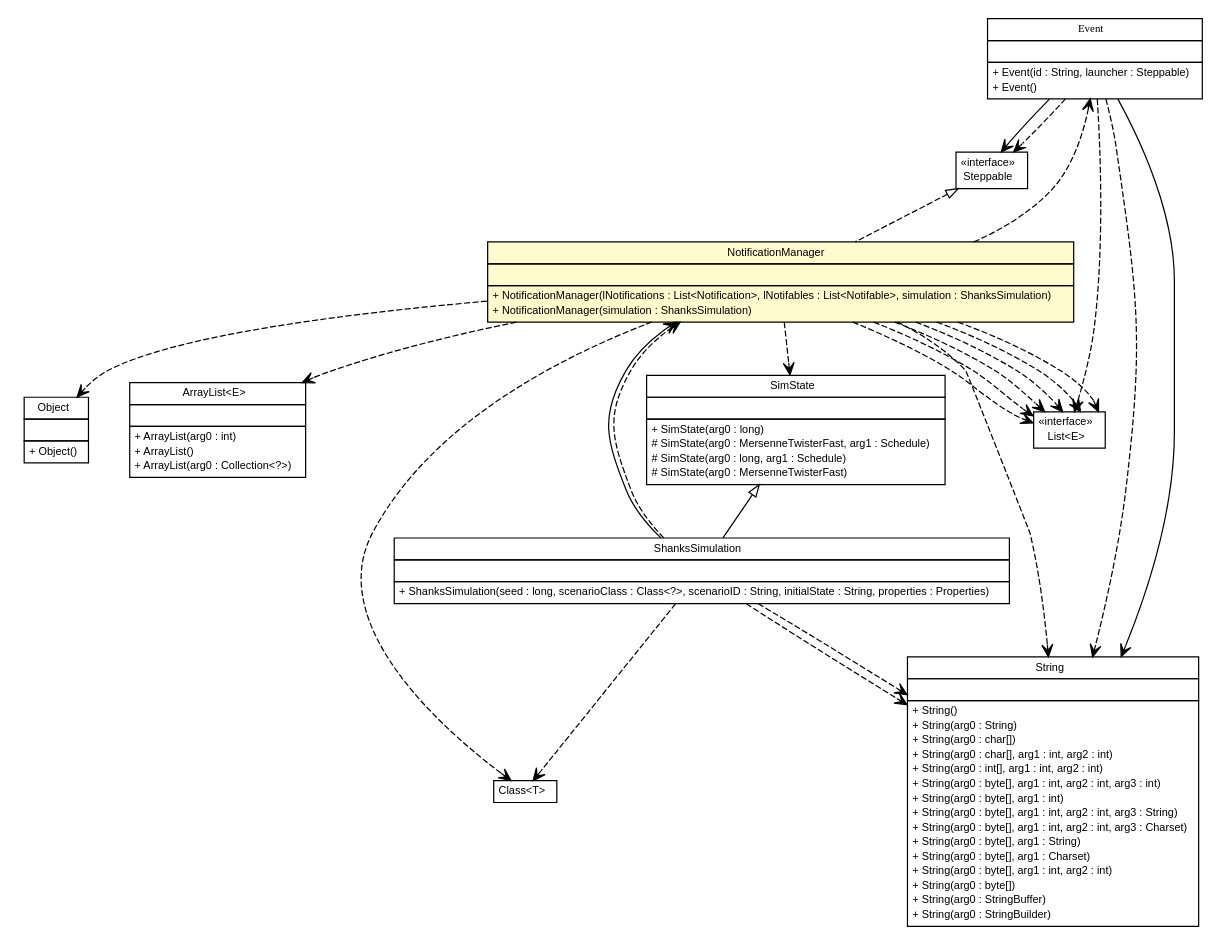
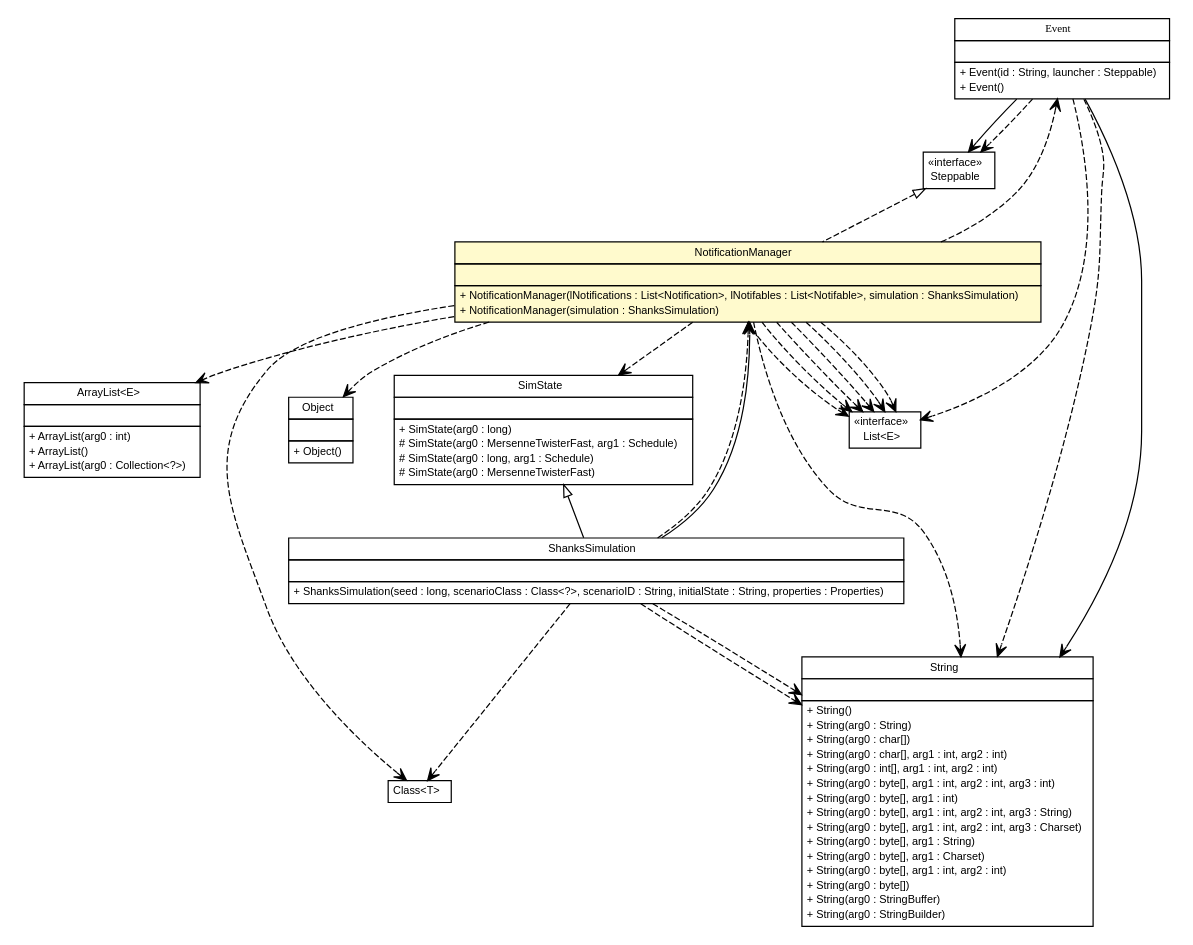
One commit to gsi-upm/Shanks changed the diagram in apidocs/es/upm/dit/gsi/shanks/notification/NotificationManager.dot. Above: the diagram before and after it, drawn with Graphviz. The commit also changed 897 other files, not shown here.

```diff
--- a/apidocs/es/upm/dit/gsi/shanks/notification/NotificationManager.dot
+++ b/apidocs/es/upm/dit/gsi/shanks/notification/NotificationManager.dot
@@ -57,12 +57,28 @@
 	c7819:p -> c7857:p [taillabel="", label="", headlabel="", fontname="arial", fontcolor="black", fontsize=10.0, color="black", arrowhead=open];
 	// es.upm.dit.gsi.shanks.ShanksSimulation NAVASSOC es.upm.dit.gsi.shanks.notification.NotificationManager
 	c7856:p -> c7850:p [taillabel="", label="", headlabel="", fontname="arial", fontcolor="black", fontsize=10.0, color="black", arrowhead=open];
+	// es.upm.dit.gsi.shanks.model.event.Event DEPEND java.lang.String
+	c7819:p -> c7859:p [taillabel="", label="", headlabel="", fontname="arial", fontcolor="black", fontsize=10.0, color="black", arrowhead=open, style=dashed];
+	// es.upm.dit.gsi.shanks.model.event.Event DEPEND sim.engine.Steppable
+	c7819:p -> c7857:p [taillabel="", label="", headlabel="", fontname="arial", fontcolor="black", fontsize=10.0, color="black", arrowhead=open, style=dashed];
 	// es.upm.dit.gsi.shanks.model.event.Event DEPEND java.util.List<E>
 	c7819:p -> c7860:p [taillabel="", label="", headlabel="", fontname="arial", fontcolor="black", fontsize=10.0, color="black", arrowhead=open, style=dashed];
-	// es.upm.dit.gsi.shanks.model.event.Event DEPEND sim.engine.Steppable
-	c7819:p -> c7857:p [taillabel="", label="", headlabel="", fontname="arial", fontcolor="black", fontsize=10.0, color="black", arrowhead=open, style=dashed];
-	// es.upm.dit.gsi.shanks.model.event.Event DEPEND java.lang.String
-	c7819:p -> c7859:p [taillabel="", label="", headlabel="", fontname="arial", fontcolor="black", fontsize=10.0, color="black", arrowhead=open, style=dashed];
+	// es.upm.dit.gsi.shanks.notification.NotificationManager DEPEND java.util.ArrayList<E>
+	c7850:p -> c7861:p [taillabel="", label="", headlabel="", fontname="arial", fontcolor="black", fontsize=10.0, color="black", arrowhead=open, style=dashed];
+	// es.upm.dit.gsi.shanks.notification.NotificationManager DEPEND java.lang.String
+	c7850:p -> c7859:p [taillabel="", label="", headlabel="", fontname="arial", fontcolor="black", fontsize=10.0, color="black", arrowhead=open, style=dashed];
+	// es.upm.dit.gsi.shanks.notification.NotificationManager DEPEND sim.engine.SimState
+	c7850:p -> c7858:p [taillabel="", label="", headlabel="", fontname="arial", fontcolor="black", fontsize=10.0, color="black", arrowhead=open, style=dashed];
+	// es.upm.dit.gsi.shanks.notification.NotificationManager DEPEND java.lang.Class<T>
+	c7850:p -> c7862:p [taillabel="", label="", headlabel="", fontname="arial", fontcolor="black", fontsize=10.0, color="black", arrowhead=open, style=dashed];
+	// es.upm.dit.gsi.shanks.notification.NotificationManager DEPEND java.util.List<E>
+	c7850:p -> c7860:p [taillabel="", label="", headlabel="", fontname="arial", fontcolor="black", fontsize=10.0, color="black", arrowhead=open, style=dashed];
+	// es.upm.dit.gsi.shanks.notification.NotificationManager DEPEND java.util.List<E>
+	c7850:p -> c7860:p [taillabel="", label="", headlabel="", fontname="arial", fontcolor="black", fontsize=10.0, color="black", arrowhead=open, style=dashed];
+	// es.upm.dit.gsi.shanks.notification.NotificationManager DEPEND java.util.List<E>
+	c7850:p -> c7860:p [taillabel="", label="", headlabel="", fontname="arial", fontcolor="black", fontsize=10.0, color="black", arrowhead=open, style=dashed];
+	// es.upm.dit.gsi.shanks.notification.NotificationManager DEPEND es.upm.dit.gsi.shanks.model.event.Event
+	c7850:p -> c7819:p [taillabel="", label="", headlabel="", fontname="arial", fontcolor="black", fontsize=10.0, color="black", arrowhead=open, style=dashed];
 	// es.upm.dit.gsi.shanks.notification.NotificationManager DEPEND java.util.List<E>
 	c7850:p -> c7860:p [taillabel="", label="", headlabel="", fontname="arial", fontcolor="black", fontsize=10.0, color="black", arrowhead=open, style=dashed];
 	// es.upm.dit.gsi.shanks.notification.NotificationManager DEPEND java.util.List<E>
@@ -70,31 +86,15 @@
 	// es.upm.dit.gsi.shanks.notification.NotificationManager DEPEND java.util.List<E>
 	c7850:p -> c7860:p [taillabel="", label="", headlabel="", fontname="arial", fontcolor="black", fontsize=10.0, color="black", arrowhead=open, style=dashed];
 	// es.upm.dit.gsi.shanks.notification.NotificationManager DEPEND java.lang.Object
-	c7850:p -> c7861:p [taillabel="", label="", headlabel="", fontname="arial", fontcolor="black", fontsize=10.0, color="black", arrowhead=open, style=dashed];
-	// es.upm.dit.gsi.shanks.notification.NotificationManager DEPEND java.util.List<E>
-	c7850:p -> c7860:p [taillabel="", label="", headlabel="", fontname="arial", fontcolor="black", fontsize=10.0, color="black", arrowhead=open, style=dashed];
-	// es.upm.dit.gsi.shanks.notification.NotificationManager DEPEND java.util.List<E>
-	c7850:p -> c7860:p [taillabel="", label="", headlabel="", fontname="arial", fontcolor="black", fontsize=10.0, color="black", arrowhead=open, style=dashed];
-	// es.upm.dit.gsi.shanks.notification.NotificationManager DEPEND java.util.ArrayList<E>
-	c7850:p -> c7862:p [taillabel="", label="", headlabel="", fontname="arial", fontcolor="black", fontsize=10.0, color="black", arrowhead=open, style=dashed];
-	// es.upm.dit.gsi.shanks.notification.NotificationManager DEPEND es.upm.dit.gsi.shanks.model.event.Event
-	c7850:p -> c7819:p [taillabel="", label="", headlabel="", fontname="arial", fontcolor="black", fontsize=10.0, color="black", arrowhead=open, style=dashed];
-	// es.upm.dit.gsi.shanks.notification.NotificationManager DEPEND java.lang.String
-	c7850:p -> c7859:p [taillabel="", label="", headlabel="", fontname="arial", fontcolor="black", fontsize=10.0, color="black", arrowhead=open, style=dashed];
-	// es.upm.dit.gsi.shanks.notification.NotificationManager DEPEND java.lang.Class<T>
 	c7850:p -> c7863:p [taillabel="", label="", headlabel="", fontname="arial", fontcolor="black", fontsize=10.0, color="black", arrowhead=open, style=dashed];
-	// es.upm.dit.gsi.shanks.notification.NotificationManager DEPEND sim.engine.SimState
-	c7850:p -> c7858:p [taillabel="", label="", headlabel="", fontname="arial", fontcolor="black", fontsize=10.0, color="black", arrowhead=open, style=dashed];
-	// es.upm.dit.gsi.shanks.notification.NotificationManager DEPEND java.util.List<E>
-	c7850:p -> c7860:p [taillabel="", label="", headlabel="", fontname="arial", fontcolor="black", fontsize=10.0, color="black", arrowhead=open, style=dashed];
-	// es.upm.dit.gsi.shanks.ShanksSimulation DEPEND java.lang.String
-	c7856:p -> c7859:p [taillabel="", label="", headlabel="", fontname="arial", fontcolor="black", fontsize=10.0, color="black", arrowhead=open, style=dashed];
-	// es.upm.dit.gsi.shanks.ShanksSimulation DEPEND java.lang.Class<T>
-	c7856:p -> c7863:p [taillabel="", label="", headlabel="", fontname="arial", fontcolor="black", fontsize=10.0, color="black", arrowhead=open, style=dashed];
 	// es.upm.dit.gsi.shanks.ShanksSimulation DEPEND java.lang.String
 	c7856:p -> c7859:p [taillabel="", label="", headlabel="", fontname="arial", fontcolor="black", fontsize=10.0, color="black", arrowhead=open, style=dashed];
 	// es.upm.dit.gsi.shanks.ShanksSimulation DEPEND es.upm.dit.gsi.shanks.notification.NotificationManager
 	c7856:p -> c7850:p [taillabel="", label="", headlabel="", fontname="arial", fontcolor="black", fontsize=10.0, color="black", arrowhead=open, style=dashed];
+	// es.upm.dit.gsi.shanks.ShanksSimulation DEPEND java.lang.String
+	c7856:p -> c7859:p [taillabel="", label="", headlabel="", fontname="arial", fontcolor="black", fontsize=10.0, color="black", arrowhead=open, style=dashed];
+	// es.upm.dit.gsi.shanks.ShanksSimulation DEPEND java.lang.Class<T>
+	c7856:p -> c7862:p [taillabel="", label="", headlabel="", fontname="arial", fontcolor="black", fontsize=10.0, color="black", arrowhead=open, style=dashed];
 	// sim.engine.SimState
 	c7858 [label=<<table title="sim.engine.SimState" border="0" cellborder="1" cellspacing="0" cellpadding="2" port="p" href="http://java.sun.com/j2se/1.4.2/docs/api/sim/engine/SimState.html">
 		<tr><td><table border="0" cellspacing="0" cellpadding="1">
@@ -111,13 +111,13 @@
 		</table></td></tr>
 		</table>>, fontname="arial", fontcolor="black", fontsize=9.0];
 	// java.lang.Class<T>
-	c7863 [label=<<table title="java.lang.Class" border="0" cellborder="1" cellspacing="0" cellpadding="2" port="p" href="http://java.sun.com/j2se/1.4.2/docs/api/java/lang/Class.html">
+	c7862 [label=<<table title="java.lang.Class" border="0" cellborder="1" cellspacing="0" cellpadding="2" port="p" href="http://java.sun.com/j2se/1.4.2/docs/api/java/lang/Class.html">
 		<tr><td><table border="0" cellspacing="0" cellpadding="1">
 <tr><td align="center" balign="center"> Class&lt;T&gt; </td></tr>
 		</table></td></tr>
 		</table>>, fontname="arial", fontcolor="black", fontsize=9.0];
 	// java.lang.Object
-	c7861 [label=<<table title="java.lang.Object" border="0" cellborder="1" cellspacing="0" cellpadding="2" port="p" href="http://java.sun.com/j2se/1.4.2/docs/api/java/lang/Object.html">
+	c7863 [label=<<table title="java.lang.Object" border="0" cellborder="1" cellspacing="0" cellpadding="2" port="p" href="http://java.sun.com/j2se/1.4.2/docs/api/java/lang/Object.html">
 		<tr><td><table border="0" cellspacing="0" cellpadding="1">
 <tr><td align="center" balign="center"> Object </td></tr>
 		</table></td></tr>
@@ -143,7 +143,7 @@
 		</table></td></tr>
 		</table>>, fontname="arial", fontcolor="black", fontsize=9.0];
 	// java.util.ArrayList<E>
-	c7862 [label=<<table title="java.util.ArrayList" border="0" cellborder="1" cellspacing="0" cellpadding="2" port="p" href="http://java.sun.com/j2se/1.4.2/docs/api/java/util/ArrayList.html">
+	c7861 [label=<<table title="java.util.ArrayList" border="0" cellborder="1" cellspacing="0" cellpadding="2" port="p" href="http://java.sun.com/j2se/1.4.2/docs/api/java/util/ArrayList.html">
 		<tr><td><table border="0" cellspacing="0" cellpadding="1">
 <tr><td align="center" balign="center"> ArrayList&lt;E&gt; </td></tr>
 		</table></td></tr>
```
